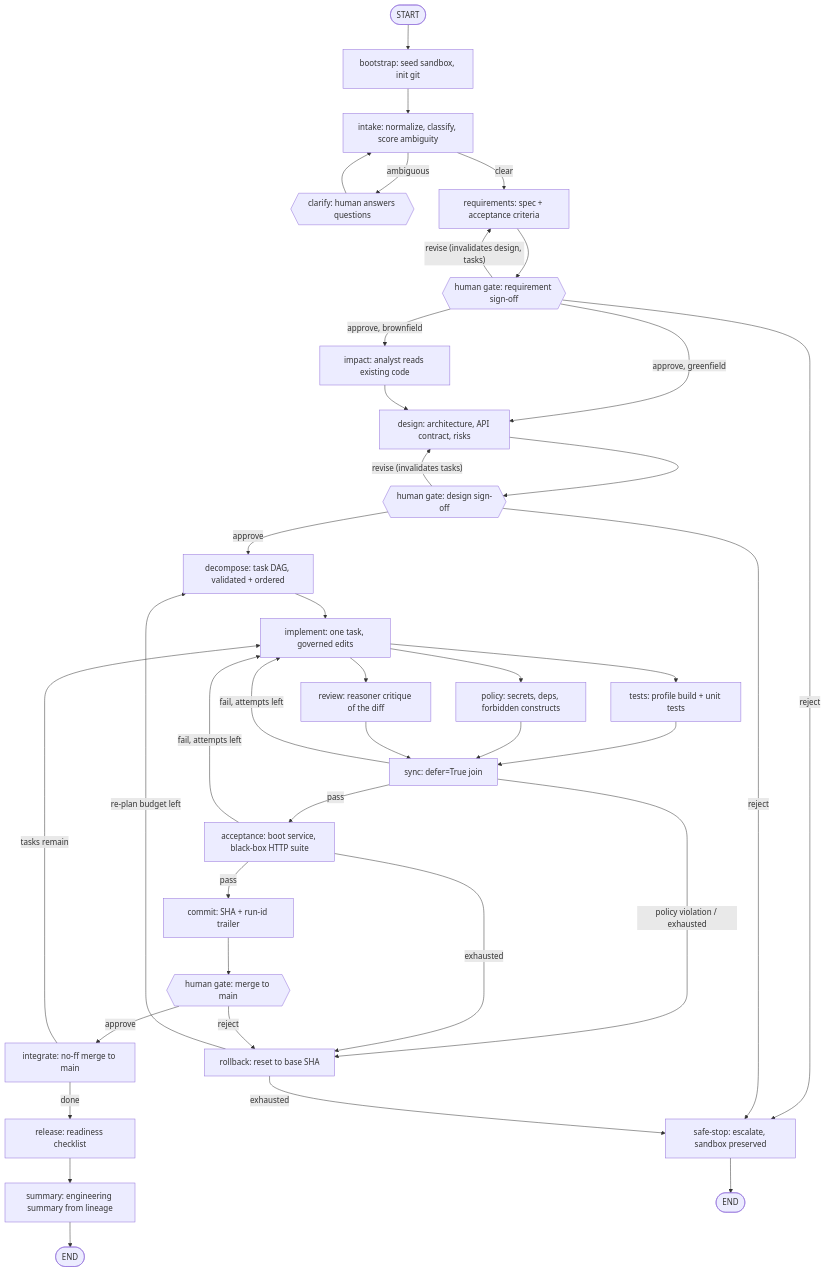
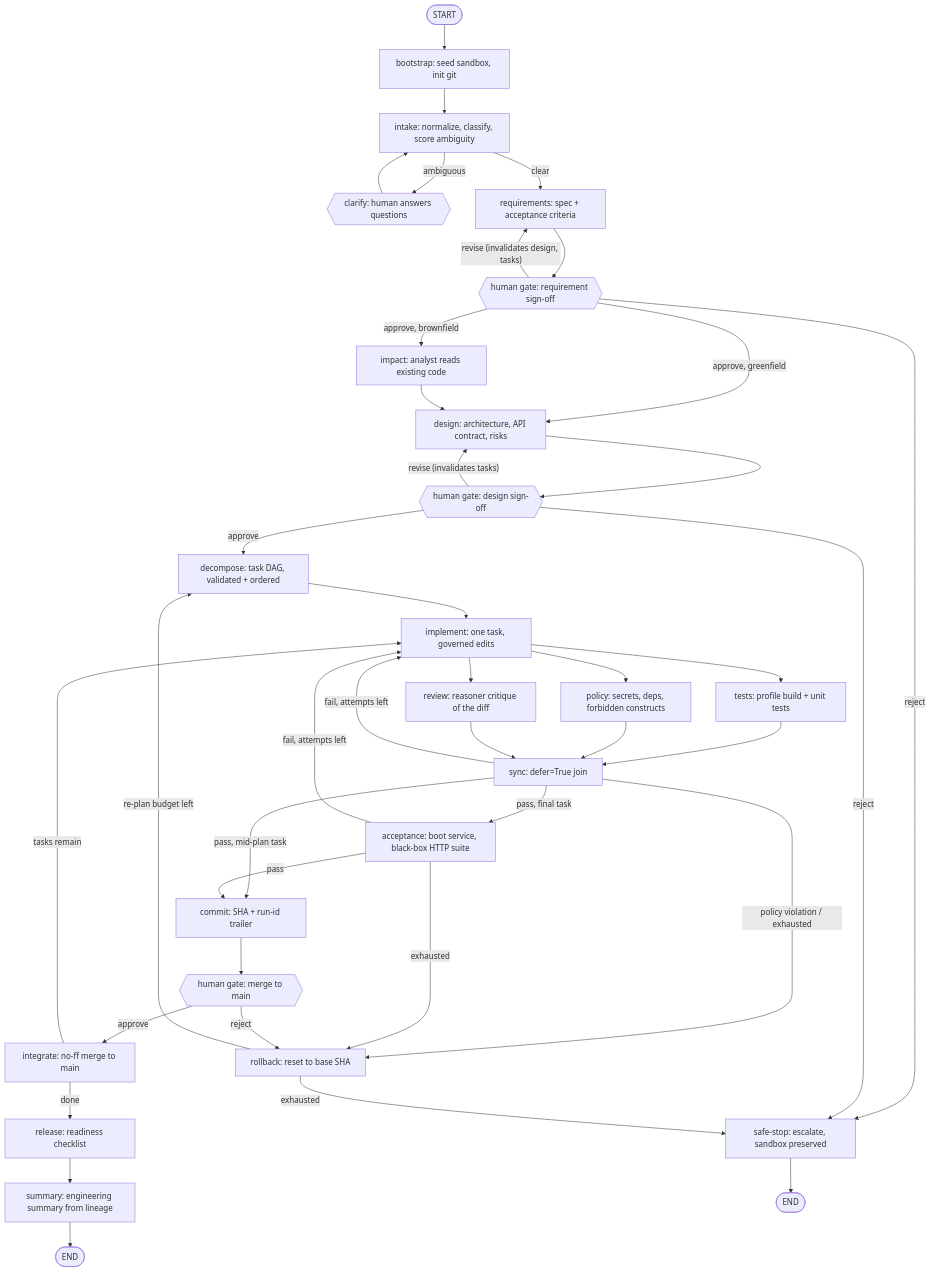
The diagram in docs/architecture.md (Hemakumargokul/software-factory), drawn with Mermaid before and after one commit. The commit also changed 1 other file, not shown here.

Commit message:
Docs: acceptance gates only the final task; boot-log tail in failure reports

````diff
--- a/docs/architecture.md
+++ b/docs/architecture.md
@@ -46,46 +46,47 @@
 ```mermaid
 flowchart TD
     startNode([START]) --> bootstrap["bootstrap: seed sandbox, init git"]
     bootstrap --> intake["intake: normalize, classify, score ambiguity"]
     intake -->|ambiguous| clarify{{"clarify: human answers questions"}}
     clarify --> intake
     intake -->|clear| requirements["requirements: spec + acceptance criteria"]
     requirements --> gateReq{{"human gate: requirement sign-off"}}
     gateReq -->|approve, greenfield| design
     gateReq -->|approve, brownfield| impact["impact: analyst reads existing code"]
     gateReq -->|"revise (invalidates design, tasks)"| requirements
     gateReq -->|reject| safeStop
     impact --> design["design: architecture, API contract, risks"]
     design --> gateDesign{{"human gate: design sign-off"}}
     gateDesign -->|approve| decompose["decompose: task DAG, validated + ordered"]
     gateDesign -->|"revise (invalidates tasks)"| design
     gateDesign -->|reject| safeStop
     decompose --> implement["implement: one task, governed edits"]
 
     implement --> testsNode["tests: profile build + unit tests"]
     implement --> policyNode["policy: secrets, deps, forbidden constructs"]
     implement --> reviewNode["review: reasoner critique of the diff"]
     testsNode --> sync["sync: defer=True join"]
     policyNode --> sync
     reviewNode --> sync
 
-    sync -->|pass| acceptance["acceptance: boot service, black-box HTTP suite"]
+    sync -->|"pass, final task"| acceptance["acceptance: boot service, black-box HTTP suite"]
+    sync -->|"pass, mid-plan task"| commitNode
     sync -->|"fail, attempts left"| implement
     sync -->|"policy violation / exhausted"| rollback
     acceptance -->|pass| commitNode["commit: SHA + run-id trailer"]
     acceptance -->|"fail, attempts left"| implement
     acceptance -->|exhausted| rollback
 
     commitNode --> gateMerge{{"human gate: merge to main"}}
     gateMerge -->|approve| integrate["integrate: no-ff merge to main"]
     gateMerge -->|reject| rollback["rollback: reset to base SHA"]
 
     integrate -->|tasks remain| implement
     integrate -->|done| release["release: readiness checklist"]
     release --> summary["summary: engineering summary from lineage"]
     summary --> doneNode([END])
 
     rollback -->|"re-plan budget left"| decompose
     rollback -->|exhausted| safeStop["safe-stop: escalate, sandbox preserved"]
     safeStop --> stopNode([END])
 ```
````
